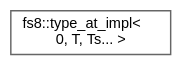
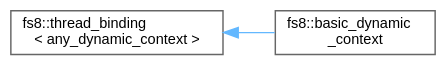
One commit to the-moisrex/foresight changed the diagram in api/inherit_graph_105.dot. Above: the diagram before and after it, drawn with Graphviz. The commit also changed 212 other files, not shown here.

```diff
--- a/api/inherit_graph_105.dot
+++ b/api/inherit_graph_105.dot
@@ -1,9 +1,11 @@
 digraph "Graphical Class Hierarchy"
 {
  // LATEX_PDF_SIZE
   bgcolor="transparent";
   edge [fontname=Helvetica,fontsize=10,labelfontname=Helvetica,labelfontsize=10];
   node [fontname=Helvetica,fontsize=10,shape=box,height=0.2,width=0.4];
   rankdir="LR";
-  Node0 [id="Node000000",label="fs8::type_at_impl\<\l 0, T, Ts... \>",height=0.2,width=0.4,color="grey40", fillcolor="white", style="filled",URL="$structfs8_1_1type__at__impl_3_010_00_01T_00_01Ts_8_8_8_01_4.html",tooltip=" "];
+  Node0 [id="Node000000",label="fs8::thread_binding\l\< any_dynamic_context \>",height=0.2,width=0.4,color="grey40", fillcolor="white", style="filled",URL="$structfs8_1_1thread__binding.html",tooltip=" "];
+  Node0 -> Node1 [id="edge127_Node000000_Node000001",dir="back",color="steelblue1",style="solid",tooltip=" "];
+  Node1 [id="Node000001",label="fs8::basic_dynamic\l_context",height=0.2,width=0.4,color="grey40", fillcolor="white", style="filled",URL="$structfs8_1_1basic__dynamic__context.html",tooltip=" "];
 }
```
